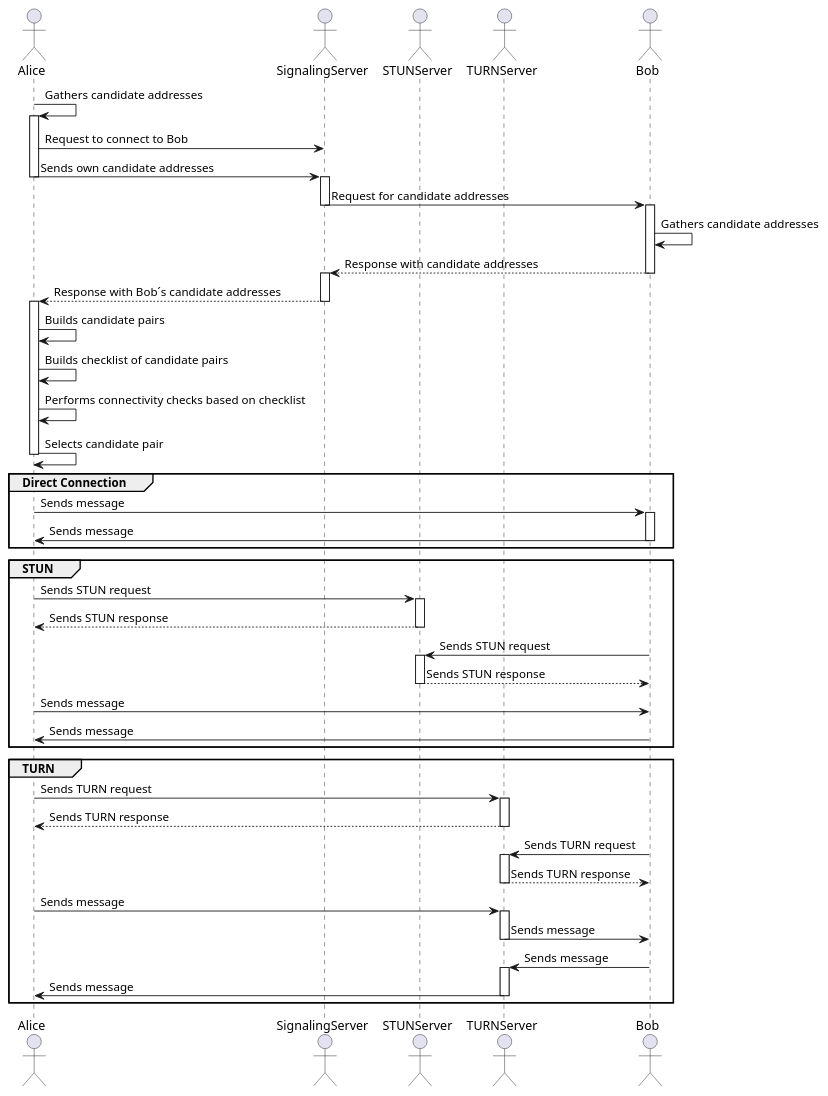
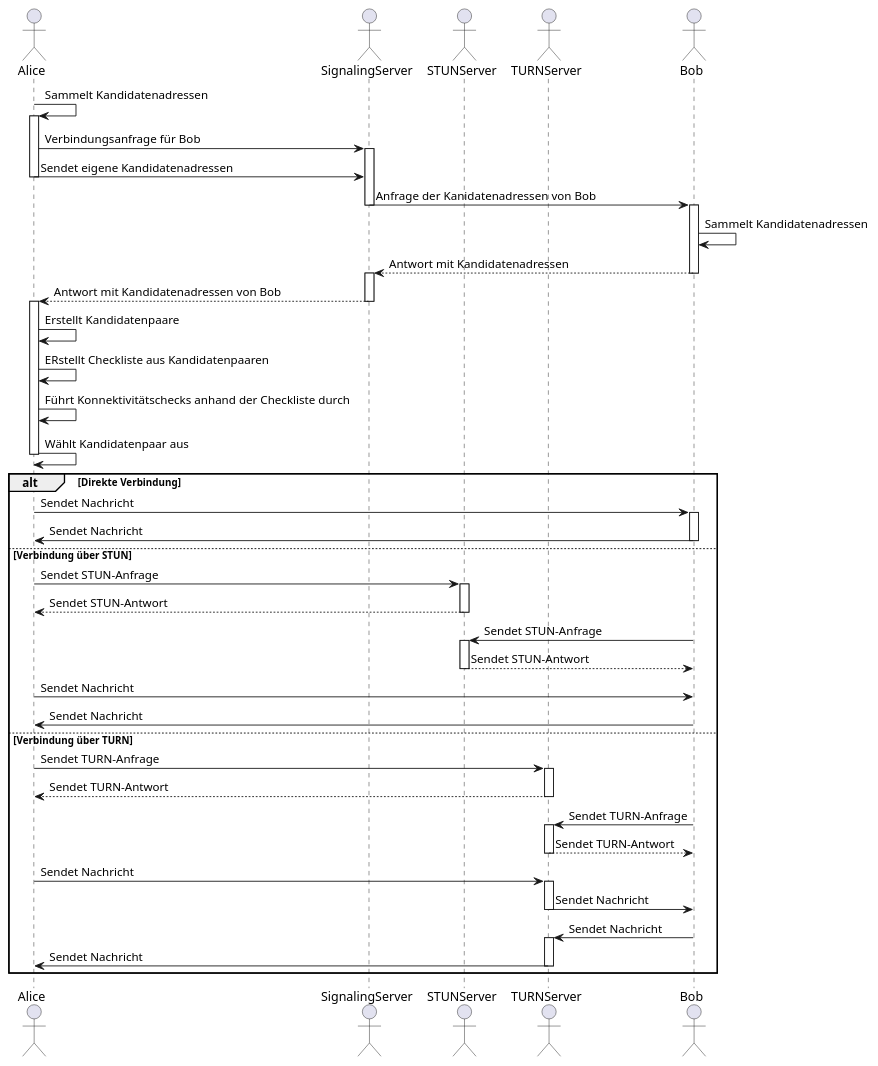
Before and after one commit to NicoleSauer/BachelorsThesis: the diagram in puml/ice.puml, drawn with PlantUML. The commit also changed 6 other files, not shown here.

Commit message:
added images for ice sequence and singaling sequence

```diff
--- a/puml/ice.puml
+++ b/puml/ice.puml
@@ -1,69 +1,68 @@
 @startuml
 actor Alice
 actor SignalingServer
 actor STUNServer
 actor TURNServer
 actor Bob
 
-Alice -> Alice: Gathers candidate addresses
+Alice -> Alice: Sammelt Kandidatenadressen
 activate Alice
-Alice -> SignalingServer: Request to connect to Bob
-Alice -> SignalingServer: Sends own candidate addresses
+Alice -> SignalingServer: Verbindungsanfrage für Bob
+activate SignalingServer
+Alice -> SignalingServer: Sendet eigene Kandidatenadressen
 deactivate Alice
-activate SignalingServer
-SignalingServer -> Bob: Request for candidate addresses
+SignalingServer -> Bob: Anfrage der Kanidatenadressen von Bob
 deactivate SignalingServer
 activate Bob
-Bob -> Bob: Gathers candidate addresses
-Bob --> SignalingServer: Response with candidate addresses
+Bob -> Bob: Sammelt Kandidatenadressen
+Bob --> SignalingServer: Antwort mit Kandidatenadressen
 deactivate Bob
 activate SignalingServer
-SignalingServer --> Alice: Response with Bob´s candidate addresses
+SignalingServer --> Alice: Antwort mit Kandidatenadressen von Bob
 deactivate SignalingServer
 activate Alice
-Alice -> Alice: Builds candidate pairs
-Alice -> Alice: Builds checklist of candidate pairs
-Alice -> Alice: Performs connectivity checks based on checklist
-Alice -> Alice: Selects candidate pair
+Alice -> Alice: Erstellt Kandidatenpaare
+Alice -> Alice: ERstellt Checkliste aus Kandidatenpaaren
+Alice -> Alice: Führt Konnektivitätschecks anhand der Checkliste durch
+Alice -> Alice: Wählt Kandidatenpaar aus
 deactivate Alice
 
-group Direct Connection
-    Alice -> Bob: Sends message
+
+alt Direkte Verbindung
+    Alice -> Bob: Sendet Nachricht
     activate Bob
-    Bob -> Alice: Sends message
+    Bob -> Alice: Sendet Nachricht
     deactivate Bob
-end
 
-group STUN
-    Alice -> STUNServer: Sends STUN request
+else Verbindung über STUN
+    Alice -> STUNServer: Sendet STUN-Anfrage
     activate STUNServer
-    STUNServer --> Alice: Sends STUN response
+    STUNServer --> Alice: Sendet STUN-Antwort
     deactivate STUNServer
-    Bob -> STUNServer: Sends STUN request
+    Bob -> STUNServer: Sendet STUN-Anfrage
     activate STUNServer
-    STUNServer --> Bob: Sends STUN response
+    STUNServer --> Bob: Sendet STUN-Antwort
     deactivate STUNServer
-    Alice -> Bob: Sends message
-    Bob -> Alice: Sends message
-end
+    Alice -> Bob: Sendet Nachricht
+    Bob -> Alice: Sendet Nachricht
 
-group TURN
-    Alice -> TURNServer: Sends TURN request
+else Verbindung über TURN
+    Alice -> TURNServer: Sendet TURN-Anfrage
     activate TURNServer
-    TURNServer --> Alice: Sends TURN response
+    TURNServer --> Alice: Sendet TURN-Antwort
     deactivate TURNServer
-    Bob -> TURNServer: Sends TURN request
+    Bob -> TURNServer: Sendet TURN-Anfrage
     activate TURNServer
-    TURNServer --> Bob: Sends TURN response
+    TURNServer --> Bob: Sendet TURN-Antwort
     deactivate TURNServer
-    Alice -> TURNServer: Sends message
+    Alice -> TURNServer: Sendet Nachricht
     activate TURNServer
-    TURNServer -> Bob: Sends message
+    TURNServer -> Bob: Sendet Nachricht
     deactivate TURNServer
-    Bob -> TURNServer: Sends message
+    Bob -> TURNServer: Sendet Nachricht
     activate TURNServer
-    TURNServer -> Alice: Sends message
+    TURNServer -> Alice: Sendet Nachricht
     deactivate TURNServer
 end
 
 @enduml
```
